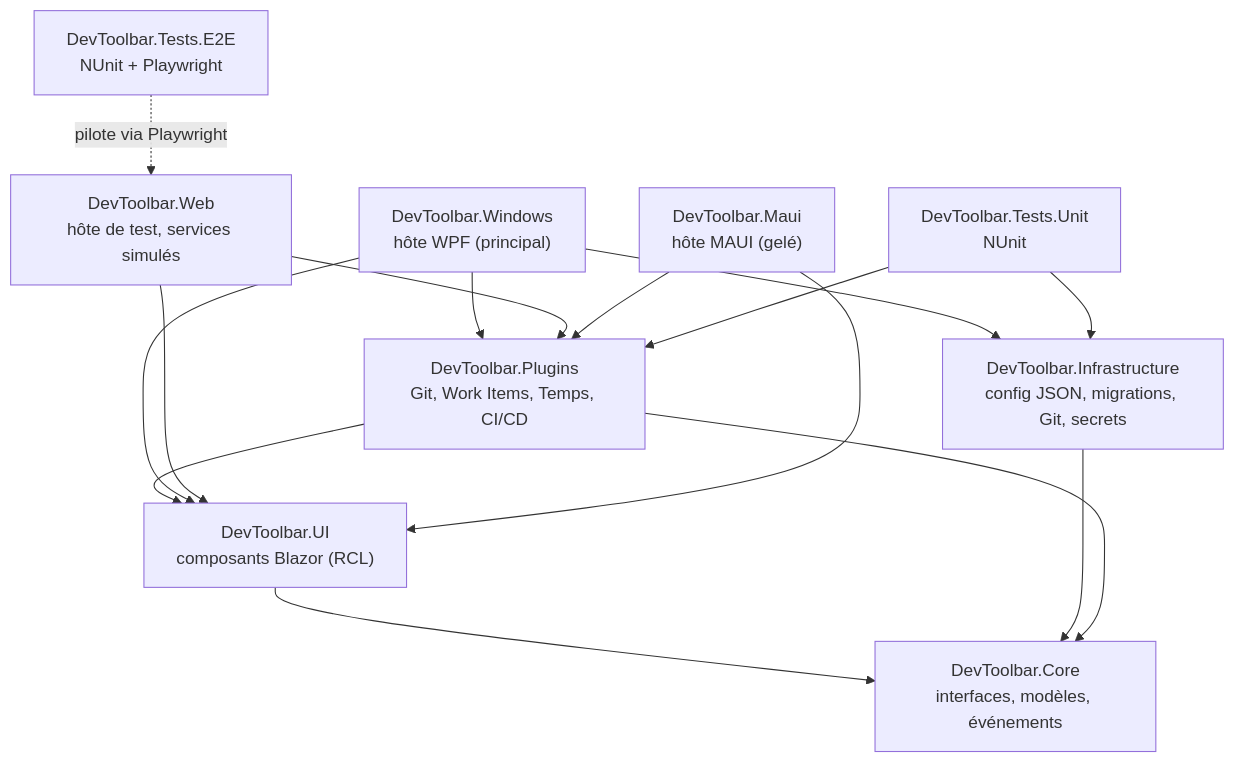
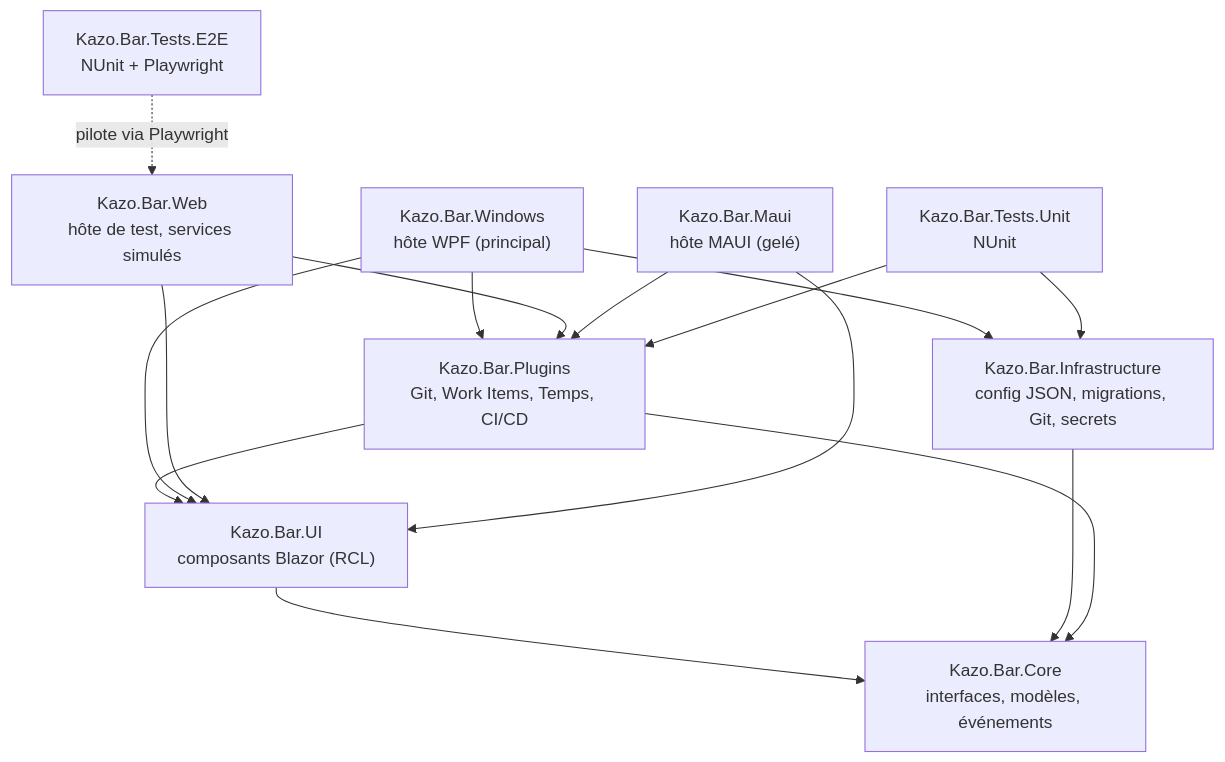
Before and after one commit to Kazo-ca/bar: the diagram in doc/Features.md, drawn with Mermaid. The commit also changed other lines of this file and 653 other files, not shown here.

First line of the commit message:
refactor: rename solution and projects to Kazo.Bar

````diff
--- a/doc/Features.md
+++ b/doc/Features.md
@@ -108,27 +108,27 @@
 ```mermaid
 graph TD
-    Core["DevToolbar.Core<br/>interfaces, modèles, événements"]
-    Infra["DevToolbar.Infrastructure<br/>config JSON, migrations, Git, secrets"]
-    UI["DevToolbar.UI<br/>composants Blazor (RCL)"]
-    Plugins["DevToolbar.Plugins<br/>Git, Work Items, Temps, CI/CD"]
-    Windows["DevToolbar.Windows<br/>hôte WPF (principal)"]
-    Web["DevToolbar.Web<br/>hôte de test, services simulés"]
-    Maui["DevToolbar.Maui<br/>hôte MAUI (gelé)"]
-    E2E["DevToolbar.Tests.E2E<br/>NUnit + Playwright"]
-    Unit["DevToolbar.Tests.Unit<br/>NUnit"]
+    Core["Kazo.Bar.Core<br/>interfaces, modèles, événements"]
+    Infra["Kazo.Bar.Infrastructure<br/>config JSON, migrations, Git, secrets"]
+    UI["Kazo.Bar.UI<br/>composants Blazor (RCL)"]
+    Plugins["Kazo.Bar.Plugins<br/>Git, Work Items, Temps, CI/CD"]
+    Windows["Kazo.Bar.Windows<br/>hôte WPF (principal)"]
+    Web["Kazo.Bar.Web<br/>hôte de test, services simulés"]
+    Maui["Kazo.Bar.Maui<br/>hôte MAUI (gelé)"]
+    E2E["Kazo.Bar.Tests.E2E<br/>NUnit + Playwright"]
+    Unit["Kazo.Bar.Tests.Unit<br/>NUnit"]
 
     UI --> Core
     Infra --> Core
     Windows --> Infra
     Unit --> Infra
     Plugins --> Core
     Plugins --> UI
     Windows --> UI
     Windows --> Plugins
     Web --> UI
     Web --> Plugins
     Maui --> UI
     Maui --> Plugins
     E2E -. "pilote via Playwright" .-> Web
     Unit --> Plugins
 ```
````
